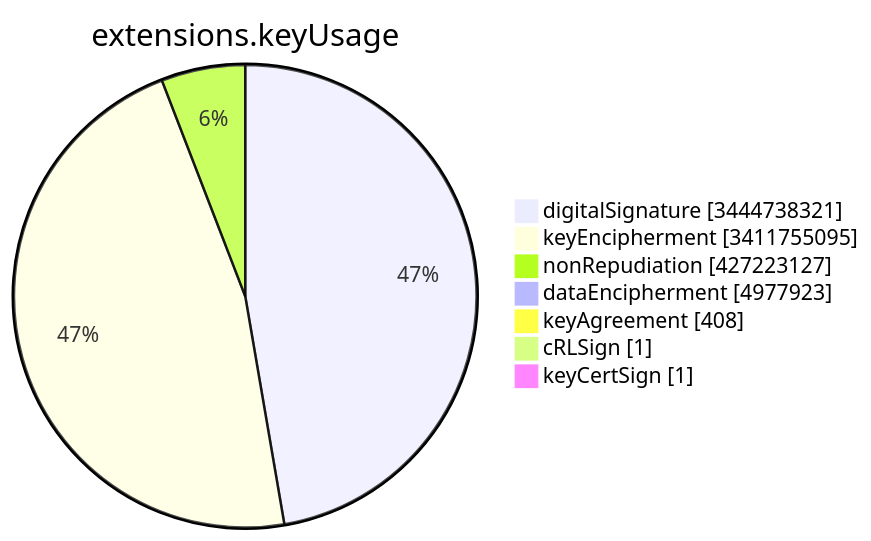
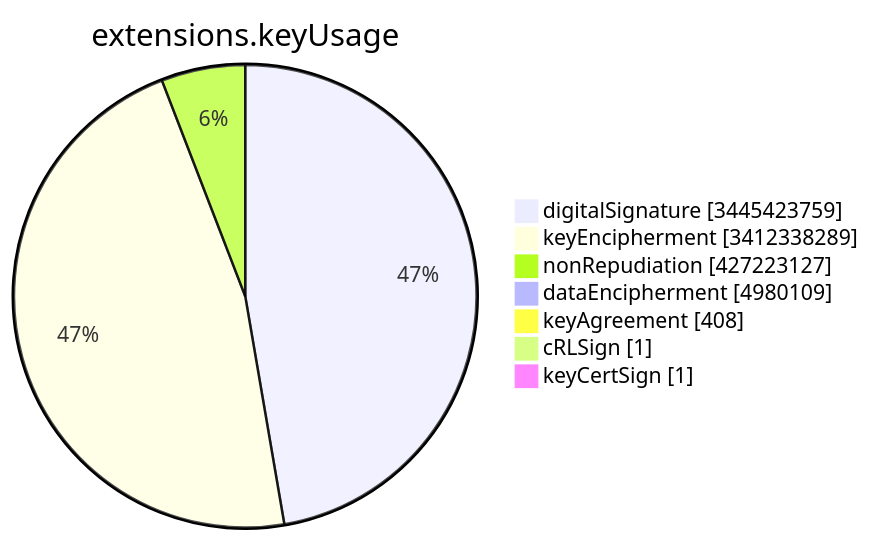
The sixth of 15 diagrams in TOTAL/README.md (christiankrug/ctmonitor_visualization), drawn with Mermaid before and after one commit. The commit also changed other lines of this file, not shown here.

````diff
--- a/TOTAL/README.md
+++ b/TOTAL/README.md
@@ -3082,11 +3082,11 @@
 ```mermaid
 pie showData
 title extensions.keyUsage
-"digitalSignature" :3444738321
-"keyEncipherment" :3411755095
+"digitalSignature" :3445423759
+"keyEncipherment" :3412338289
 "nonRepudiation" :427223127
-"dataEncipherment" :4977923
+"dataEncipherment" :4980109
 "keyAgreement" :408
 "cRLSign" :1
 "keyCertSign" :1
 ```
````
